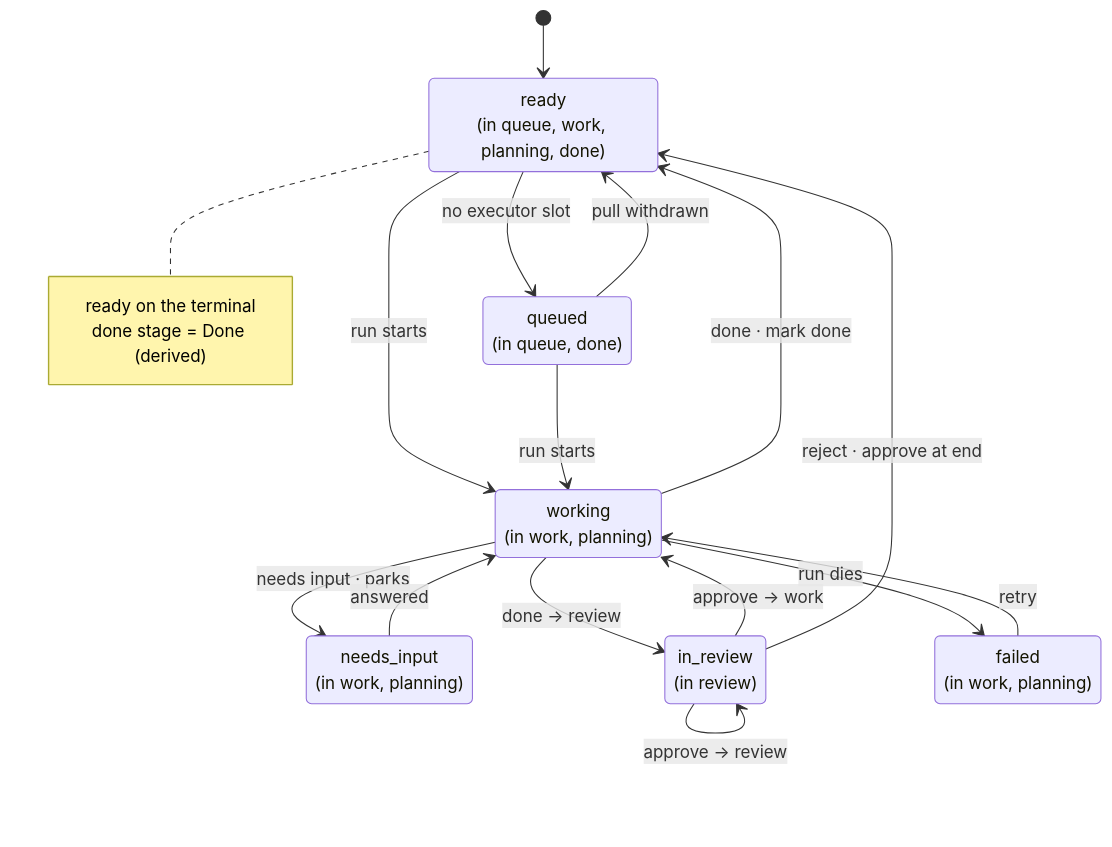
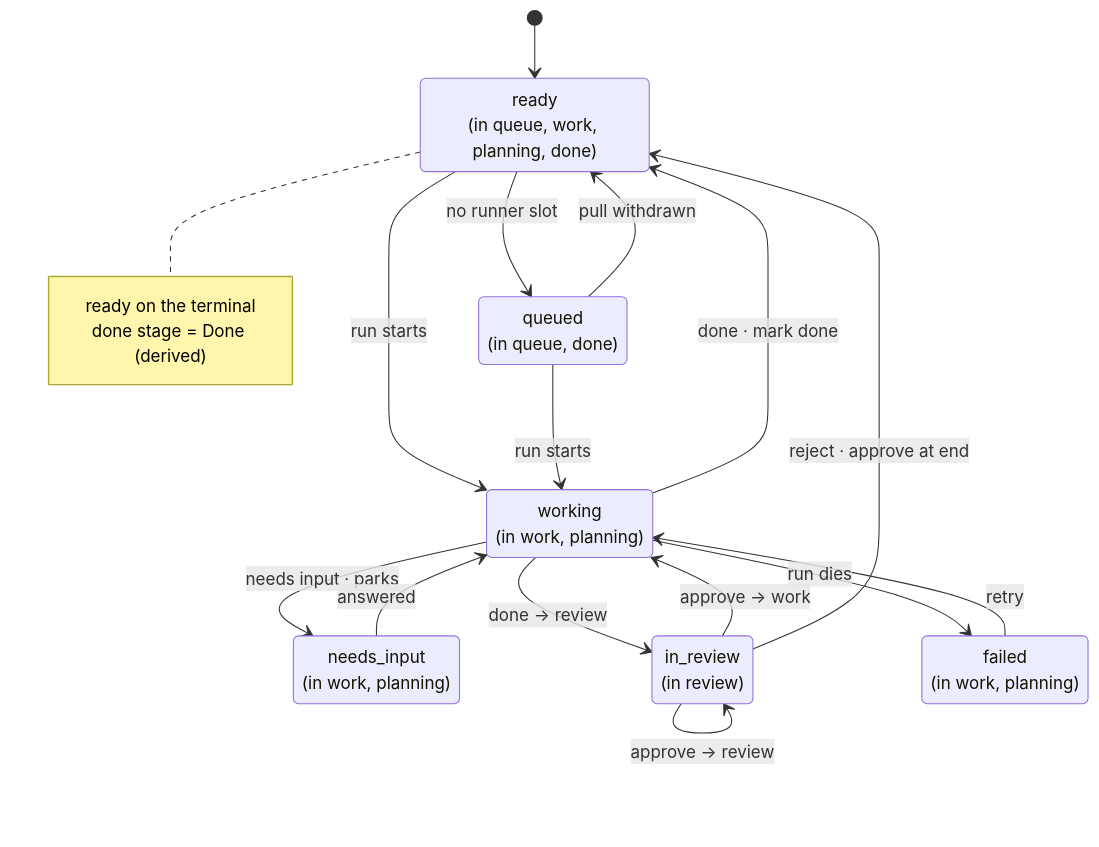
One commit to jeremylightsmith/relay changed the first of 3 diagrams in docs/architecture/state.md. Above: the diagram before and after it, drawn with Mermaid. The commit also changed other lines of this file and 169 other files, not shown here.

First line of the commit message:
re 319 let s call the executor the runner every (#234)

````diff
--- a/docs/architecture/state.md
+++ b/docs/architecture/state.md
@@ -87,33 +87,33 @@
 ```mermaid
 stateDiagram-v2
     direction TB
     state "ready<br/>(in queue, work, planning, done)" as ready
     state "queued<br/>(in queue, done)" as queued
     state "working<br/>(in work, planning)" as working
     state "needs_input<br/>(in work, planning)" as needs_input
     state "in_review<br/>(in review)" as in_review
     state "failed<br/>(in work, planning)" as failed
 
     [*] --> ready
 
-    ready --> queued: no executor slot
+    ready --> queued: no runner slot
     queued --> ready: pull withdrawn
     ready --> working: run starts
     queued --> working: run starts
 
     working --> needs_input: needs input · parks
     working --> failed: run dies
     working --> in_review: done → review
     working --> ready: done · mark done
 
     needs_input --> working: answered
     failed --> working: retry
     in_review --> working: approve → work
     in_review --> in_review: approve → review
     in_review --> ready: reject · approve at end
 
     note right of ready
         ready on the terminal
         done stage = Done (derived)
     end note
 ```
````
